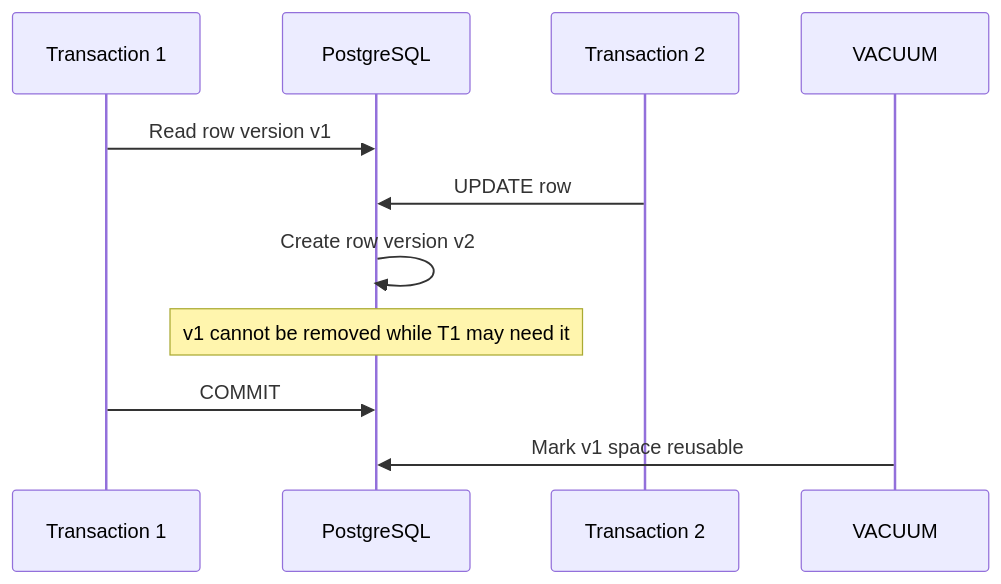
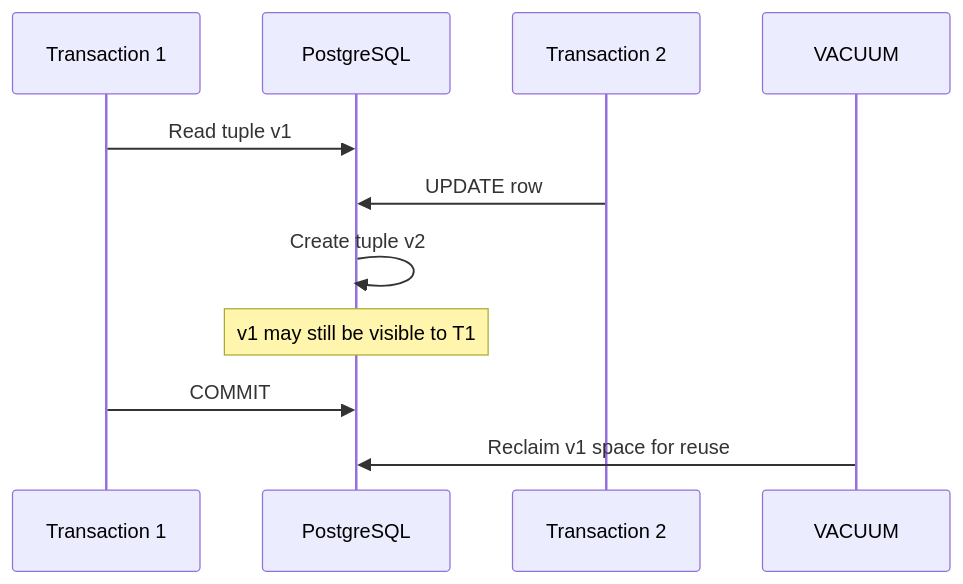
One commit to AvadhBhalodiya/Interview-Preparation changed the third of 3 diagrams in src/content/databases/postgresql-jsonb-partial-index-vacuum.md. Above: the diagram before and after it, drawn with Mermaid. The commit also changed other lines of this file and 80 other files, not shown here.

````diff
--- a/src/content/databases/postgresql-jsonb-partial-index-vacuum.md
+++ b/src/content/databases/postgresql-jsonb-partial-index-vacuum.md
@@ -1105,14 +471,14 @@
 ```mermaid
 sequenceDiagram
     participant T1 as Transaction 1
     participant DB as PostgreSQL
     participant T2 as Transaction 2
     participant V as VACUUM
 
-    T1->>DB: Read row version v1
+    T1->>DB: Read tuple v1
     T2->>DB: UPDATE row
-    DB->>DB: Create row version v2
-    Note over DB: v1 cannot be removed while T1 may need it
+    DB->>DB: Create tuple v2
+    Note over DB: v1 may still be visible to T1
     T1->>DB: COMMIT
-    V->>DB: Mark v1 space reusable
+    V->>DB: Reclaim v1 space for reuse
 ```
````
